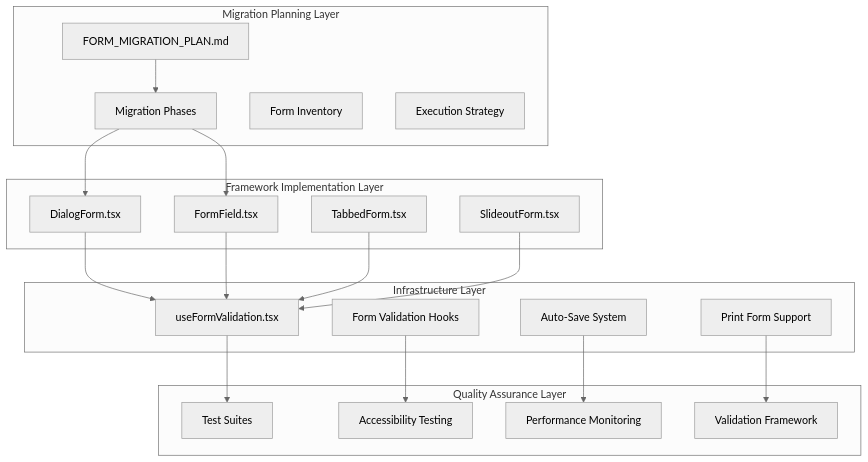
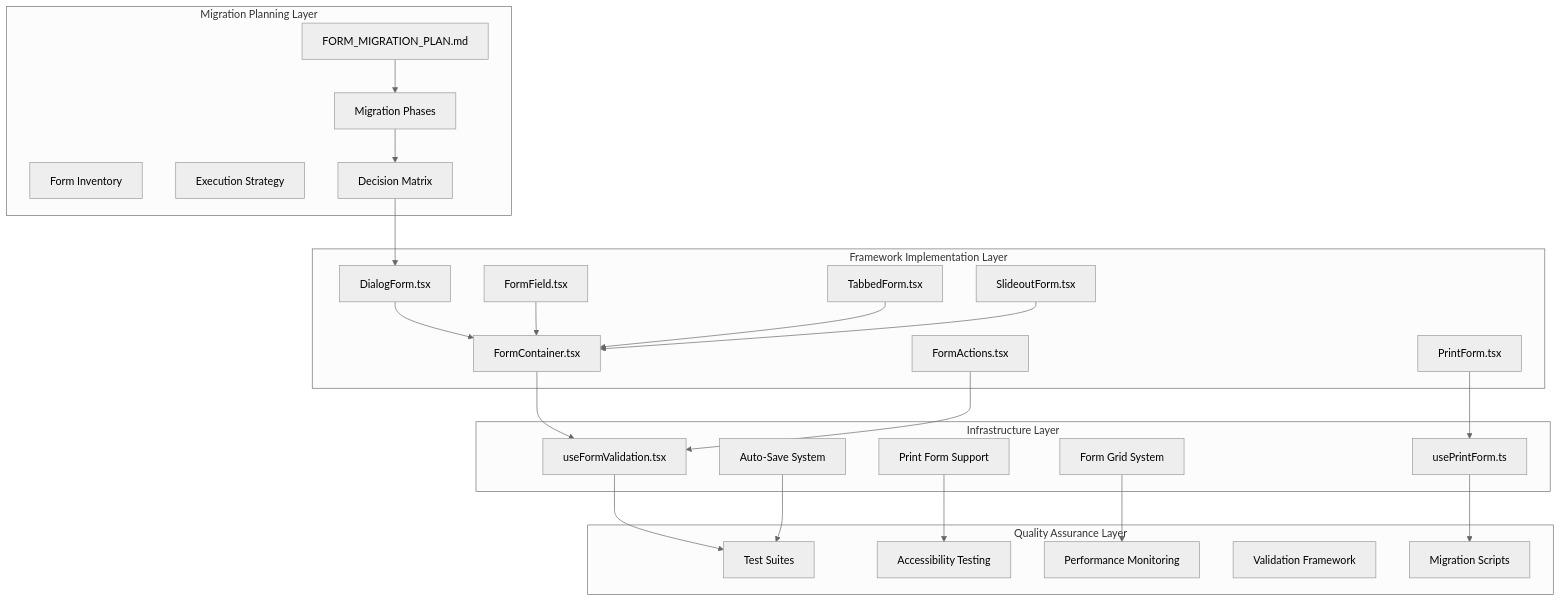
The first of 9 diagrams in .qoder/repowiki/en/content/Development Tools & Scripts/Form Migration Plan.md (geniusdynamics/schoolpilot), drawn with Mermaid (neutral theme) before and after one commit. The commit also changed other lines of this file and 6 other files, not shown here.

First line of the commit message:
docs(wiki): update repowiki documentation with form system improvements

````diff
--- a/.qoder/repowiki/en/content/Development Tools & Scripts/Form Migration Plan.md
+++ b/.qoder/repowiki/en/content/Development Tools & Scripts/Form Migration Plan.md
@@ -40,38 +57,48 @@
 ```mermaid
 graph TB
 subgraph "Migration Planning Layer"
 A[FORM_MIGRATION_PLAN.md]
 B[Migration Phases]
 C[Form Inventory]
 D[Execution Strategy]
+E[Decision Matrix]
 end
 subgraph "Framework Implementation Layer"
-E[DialogForm.tsx]
-F[FormField.tsx]
-G[TabbedForm.tsx]
-H[SlideoutForm.tsx]
+F[DialogForm.tsx]
+G[FormField.tsx]
+H[TabbedForm.tsx]
+I[SlideoutForm.tsx]
+J[FormContainer.tsx]
+K[FormActions.tsx]
+L[PrintForm.tsx]
 end
 subgraph "Infrastructure Layer"
-I[useFormValidation.tsx]
-J[Form Validation Hooks]
-K[Auto-Save System]
-L[Print Form Support]
+M[useFormValidation.tsx]
+N[usePrintForm.ts]
+O[Auto-Save System]
+P[Print Form Support]
+Q[Form Grid System]
 end
 subgraph "Quality Assurance Layer"
-M[Test Suites]
-N[Accessibility Testing]
-O[Performance Monitoring]
-P[Validation Framework]
+R[Test Suites]
+S[Accessibility Testing]
+T[Performance Monitoring]
+U[Validation Framework]
+V[Migration Scripts]
 end
 A --> B
 B --> E
-B --> F
-E --> I
-F --> I
-G --> I
-H --> I
-I --> M
-J --> N
-K --> O
-L --> P
+E --> F
+F --> J
+G --> J
+H --> J
+I --> J
+J --> M
+K --> M
+L --> N
+M --> R
+N --> V
+O --> R
+P --> S
+Q --> T
 ```
````
